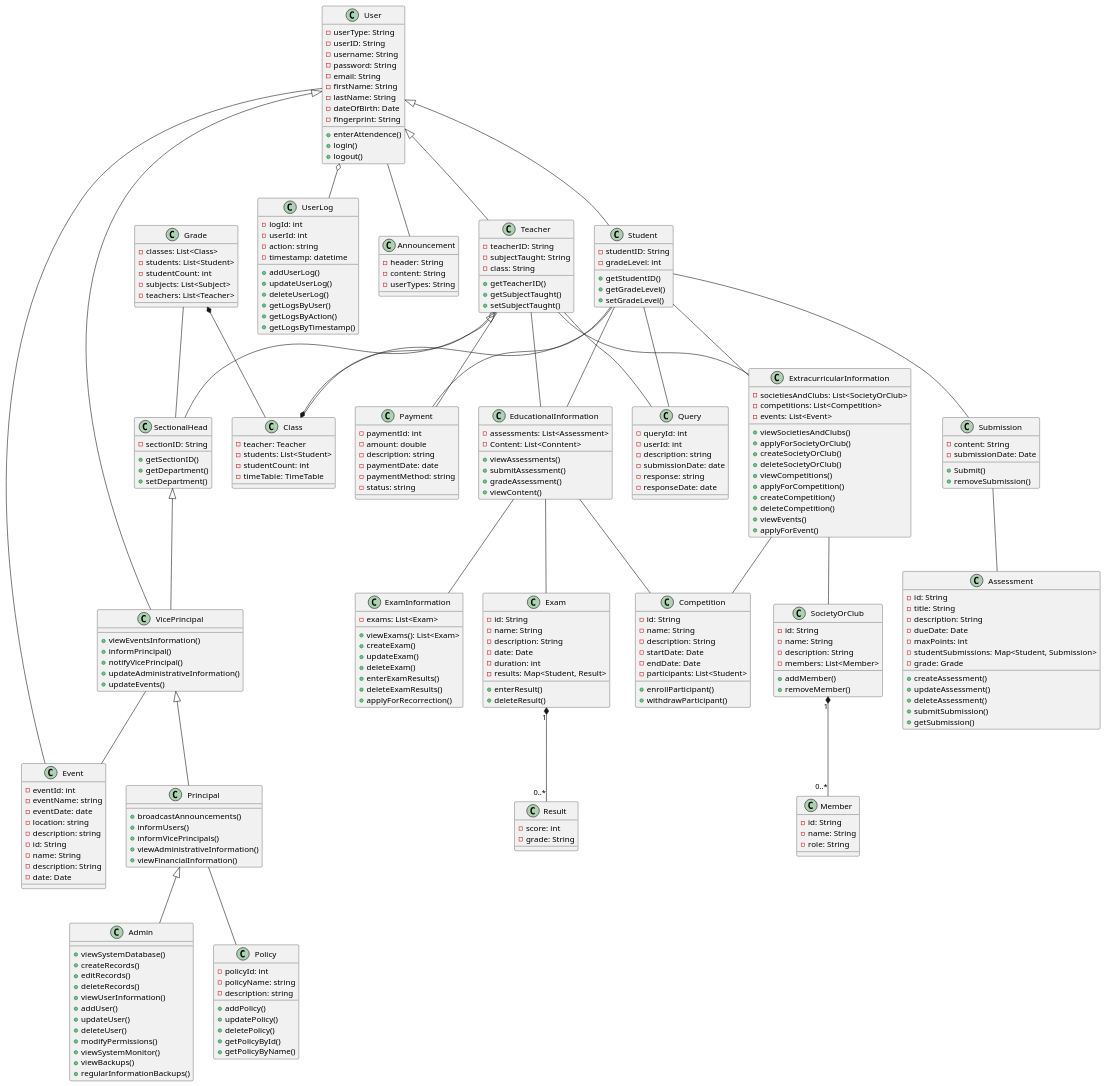
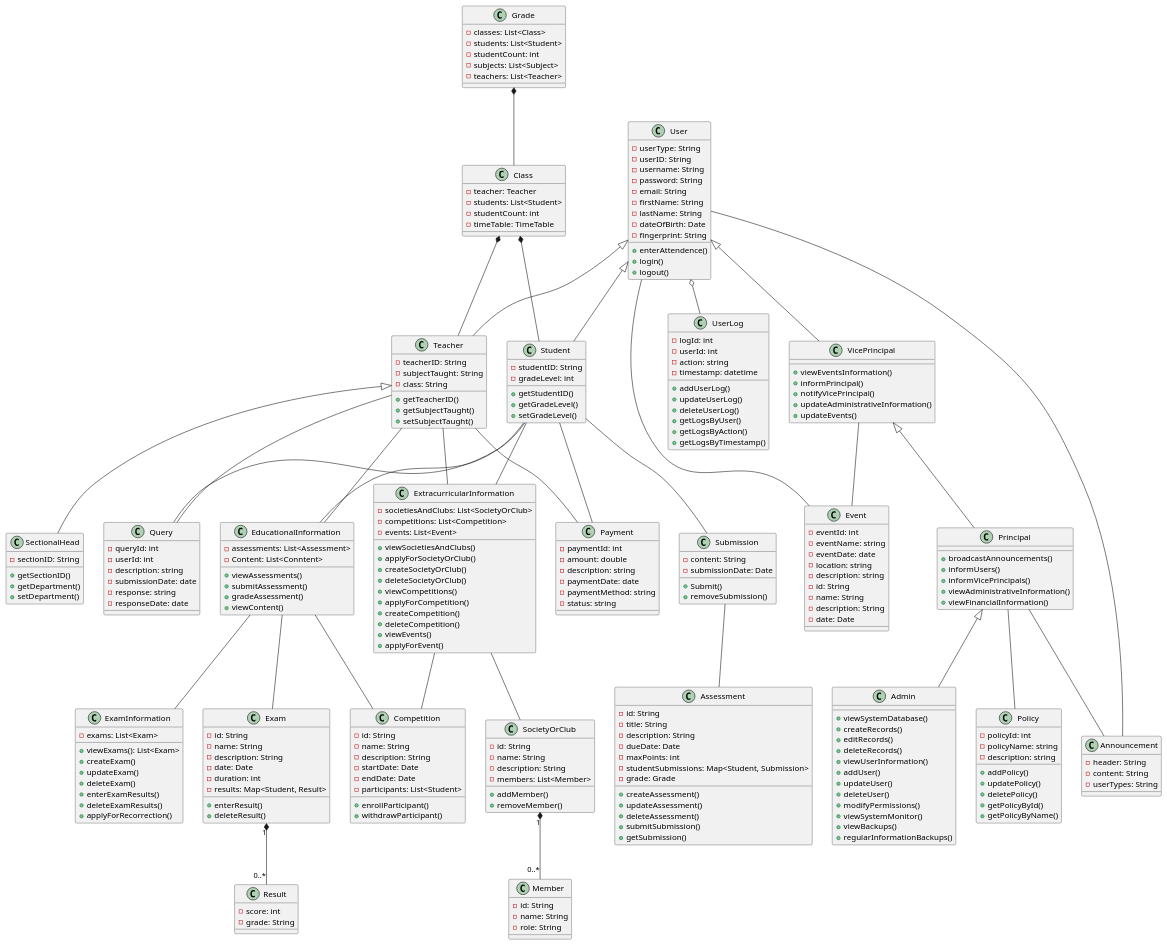
Before and after one commit to AdithyaSean/School-Management-System: the diagram in School Management System Class Diagram.puml, drawn with PlantUML.

```diff
--- a/School Management System Class Diagram.puml
+++ b/School Management System Class Diagram.puml
@@ -251,32 +251,31 @@
 User <|-- Student
 User <|-- Teacher
 User <|-- VicePrincipal
-User o-- UserLog
+Teacher <|-- SectionalHead
+VicePrincipal <|-- Principal
+VicePrincipal -- Event
+Principal <|-- Admin
+SocietyOrClub "1" *-- "0..*" Member
+EducationalInformation -- Exam
+Exam "1" *-- "0..*" Result
 User -- Event
 User -- Announcement
-Teacher <|-- SectionalHead
+User o-- UserLog
+Principal -- Policy
+Principal -- Announcement
 Teacher -- ExtracurricularInformation
 Teacher -- EducationalInformation
 Teacher -- Query
 Teacher -- Payment
-Teacher o-- Class
-Student --* Class
 Student -- EducationalInformation
 Student -- ExtracurricularInformation
 Student -- Query
 Student -- Payment
 Student -- Submission
-SectionalHead <|-- VicePrincipal
-VicePrincipal <|-- Principal
-VicePrincipal -- Event
-Principal <|-- Admin
-Principal -- Policy
 Submission -- Assessment
-SocietyOrClub "1" *-- "0..*" Member
-EducationalInformation -- Exam
-Exam "1" *-- "0..*" Result
 Grade *-- Class
-Grade -- SectionalHead
+Class *-- Teacher
+Class *-- Student
 
 EducationalInformation -- Competition
 EducationalInformation -- ExamInformation
```
